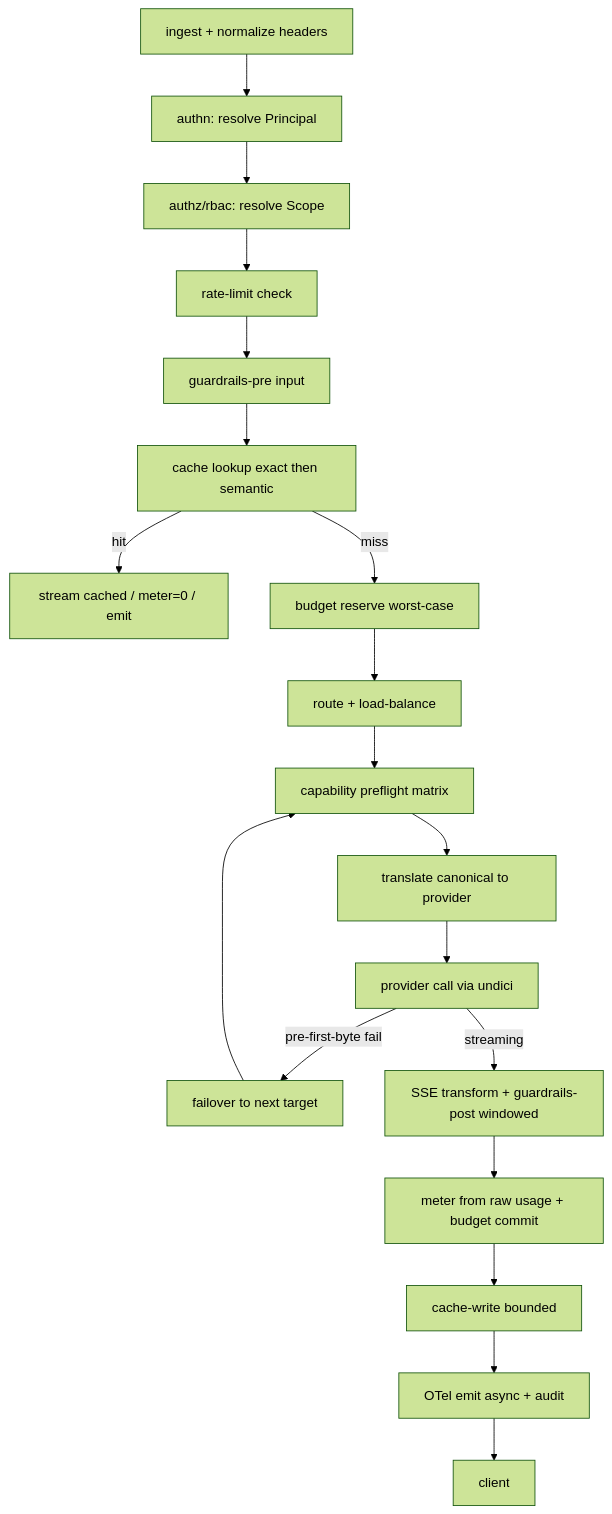
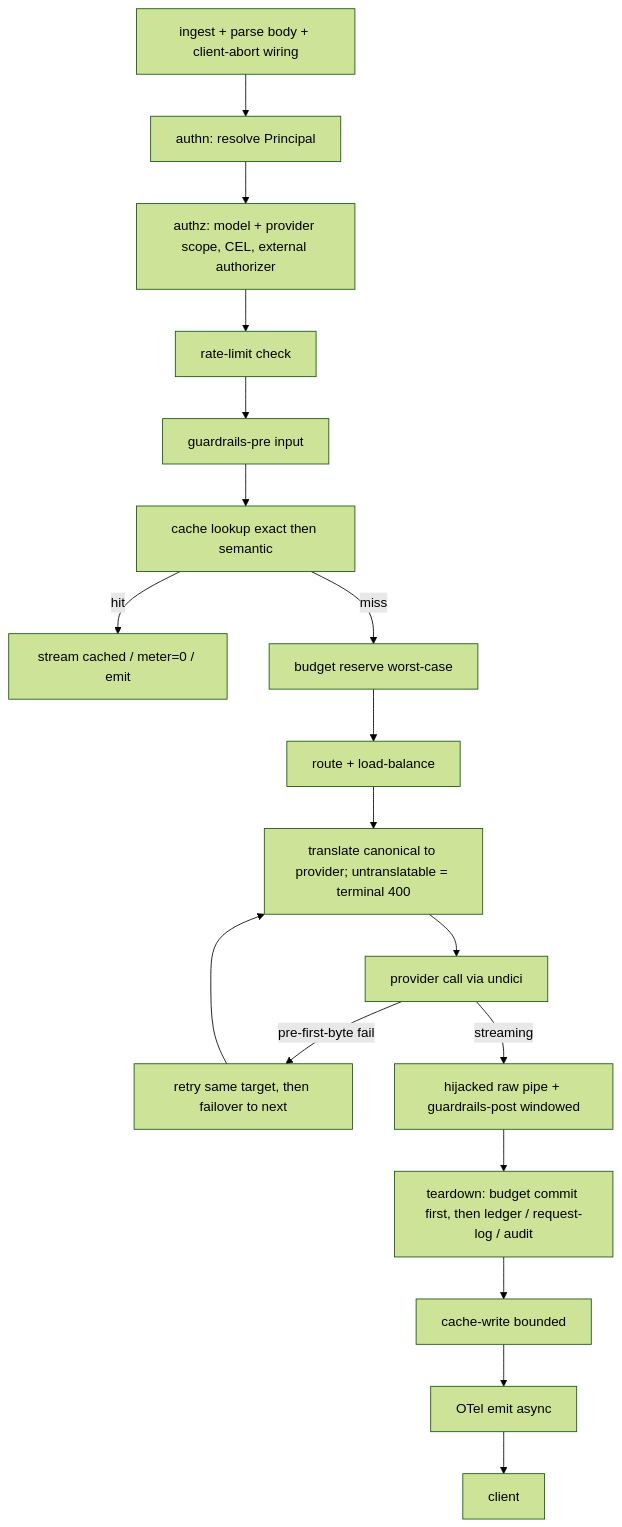
Before and after one commit to bogware/gulley: the second of 2 diagrams in docs/ARCHITECTURE.md, drawn with Mermaid (forest theme). The commit also changed other lines of this file and 40 other files, not shown here.

````diff
--- a/docs/ARCHITECTURE.md
+++ b/docs/ARCHITECTURE.md
@@ -101,21 +101,20 @@
 ```mermaid
 flowchart TD
-  A[ingest + normalize headers] --> B[authn: resolve Principal]
-  B --> C[authz/rbac: resolve Scope]
+  A[ingest + parse body + client-abort wiring] --> B[authn: resolve Principal]
+  B --> C[authz: model + provider scope, CEL, external authorizer]
   C --> D[rate-limit check]
   D --> F[guardrails-pre input]
   F --> G[cache lookup exact then semantic]
   G -->|hit| Z[stream cached / meter=0 / emit]
   G -->|miss| E[budget reserve worst-case]
   E --> H[route + load-balance]
-  H --> I[capability preflight matrix]
-  I --> J[translate canonical to provider]
+  H --> J[translate canonical to provider; untranslatable = terminal 400]
   J --> K[provider call via undici]
-  K -->|pre-first-byte fail| H2[failover to next target]
-  H2 --> I
-  K -->|streaming| L[SSE transform + guardrails-post windowed]
-  L --> M[meter from raw usage + budget commit]
+  K -->|pre-first-byte fail| H2[retry same target, then failover to next]
+  H2 --> J
+  K -->|streaming| L[hijacked raw pipe + guardrails-post windowed]
+  L --> M[teardown: budget commit first, then ledger / request-log / audit]
   M --> N[cache-write bounded]
-  N --> O[OTel emit async + audit]
+  N --> O[OTel emit async]
   O --> Z2[client]
 ```
````
